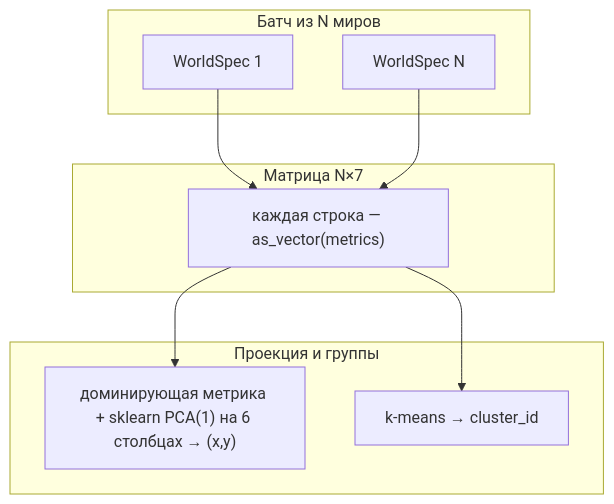
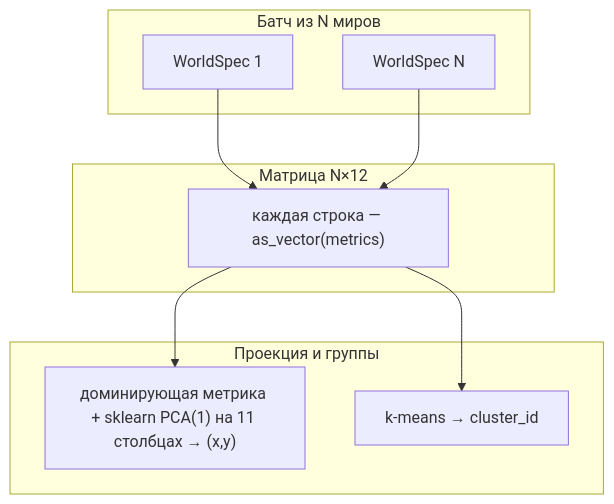
The seventh of 8 diagrams in docs/WORLDSPACE.md (Starovoitov/LifeManifold), drawn with Mermaid before and after one commit. The commit also changed other lines of this file and 10 other files, not shown here.

````diff
--- a/docs/WORLDSPACE.md
+++ b/docs/WORLDSPACE.md
@@ -410,18 +423,18 @@
 ```mermaid
 flowchart TB
   subgraph batch["Батч из N миров"]
     W1["WorldSpec 1"]
     WN["WorldSpec N"]
   end
-  subgraph metrics_mat["Матрица N×7"]
+  subgraph metrics_mat["Матрица N×12"]
     MROW["каждая строка — as_vector(metrics)"]
   end
   subgraph proj["Проекция и группы"]
-    PCA["доминирующая метрика + sklearn PCA(1) на 6 столбцах → (x,y)"]
+    PCA["доминирующая метрика + sklearn PCA(1) на 11 столбцах → (x,y)"]
     KM["k-means → cluster_id"]
   end
   W1 --> MROW
   WN --> MROW
   MROW --> PCA
   MROW --> KM
 ```
````
